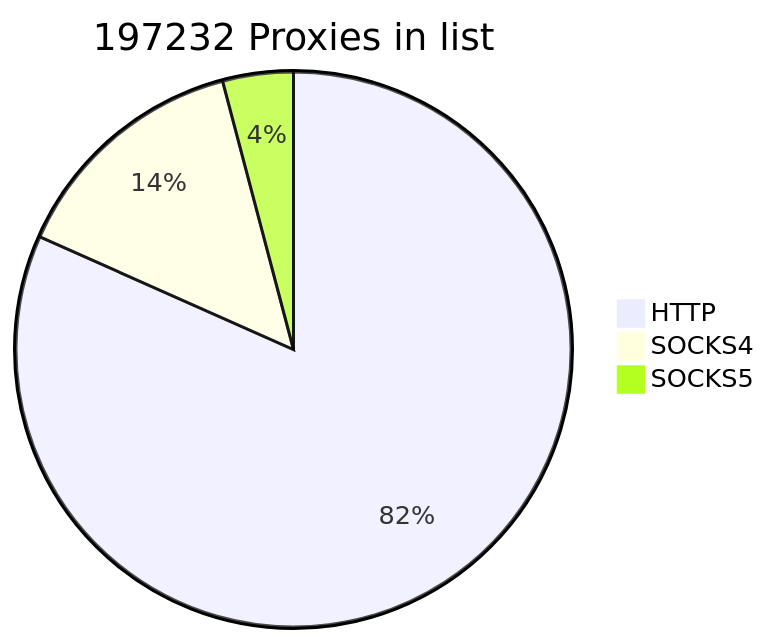
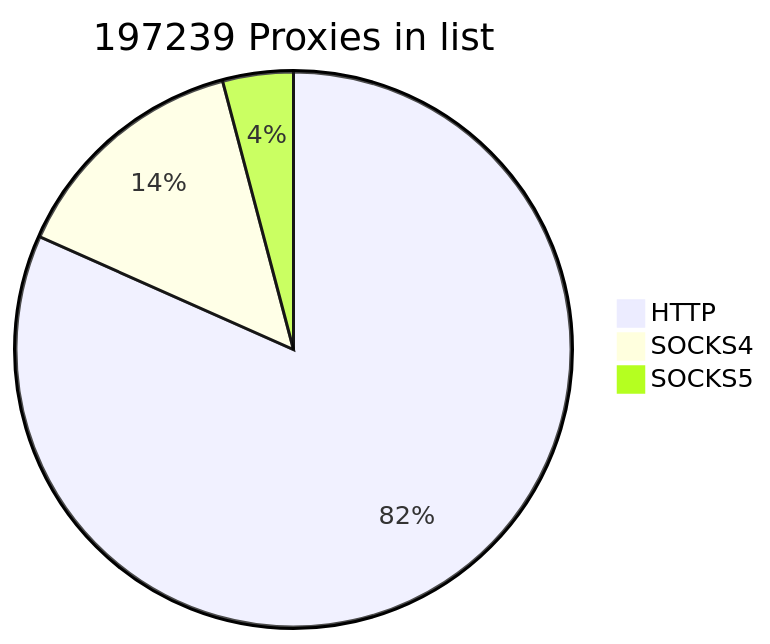
Before and after one commit to cutipu/proxylist: the first of 2 diagrams in README.md, drawn with Mermaid. The commit also changed other lines of this file, not shown here.

````diff
--- a/README.md
+++ b/README.md
@@ -2,7 +2,7 @@
 ```mermaid
-pie title 197232 Proxies in list
-    "HTTP" : 161048
+pie title 197239 Proxies in list
+    "HTTP" : 161052
     "SOCKS4" : 28078
-    "SOCKS5" : 8106
+    "SOCKS5" : 8109
             
 ```
````
